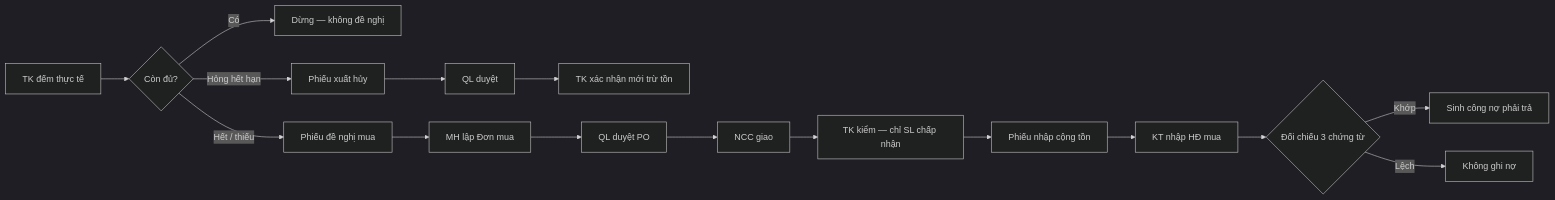
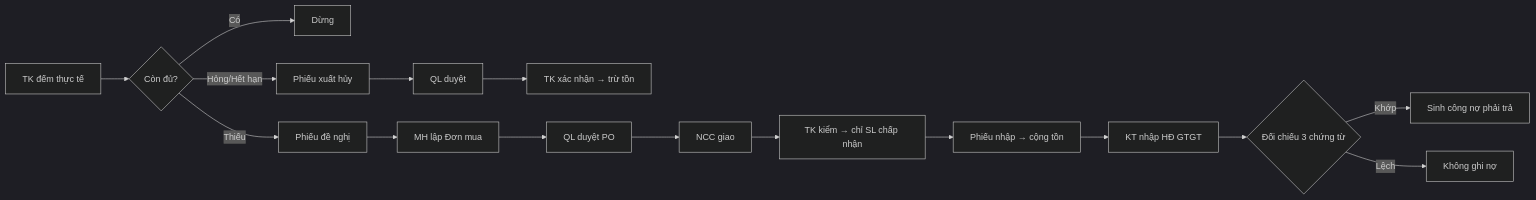
The first of 3 diagrams in README.md (lowlyone03/BTL-supermarket-fly), drawn with Mermaid (dark theme) before and after one commit. The commit also changed other lines of this file, not shown here.

Commit message:
docs: rewrite README.md - full system documentation covering architecture, 43 UCs, 37+ tables, API reference, all business modules, advanced features

````diff
--- a/README.md
+++ b/README.md
@@ -148,18 +303,17 @@
 ```mermaid
 flowchart LR
   A[TK đếm thực tế] --> B{Còn đủ?}
-  B -->|Có| Z[Dừng — không đề nghị]
-  B -->|Hết / thiếu| C[Phiếu đề nghị mua]
-  B -->|Hỏng hết hạn| X[Phiếu xuất hủy]
-  X --> X1[QL duyệt]
-  X1 --> X2[TK xác nhận mới trừ tồn]
+  B -->|Có| Z[Dừng]
+  B -->|Thiếu| C[Phiếu đề nghị]
+  B -->|Hỏng/Hết hạn| X[Phiếu xuất hủy]
+  X --> X1[QL duyệt] --> X2[TK xác nhận → trừ tồn]
   C --> D[MH lập Đơn mua]
   D --> E[QL duyệt PO]
   E --> F[NCC giao]
-  F --> G[TK kiểm — chỉ SL chấp nhận]
-  G --> H[Phiếu nhập cộng tồn]
-  H --> I[KT nhập HĐ mua]
+  F --> G[TK kiểm → chỉ SL chấp nhận]
+  G --> H[Phiếu nhập → cộng tồn]
+  H --> I[KT nhập HĐ GTGT]
   I --> J{Đối chiếu 3 chứng từ}
   J -->|Khớp| K[Sinh công nợ phải trả]
   J -->|Lệch| L[Không ghi nợ]
 ```
````
